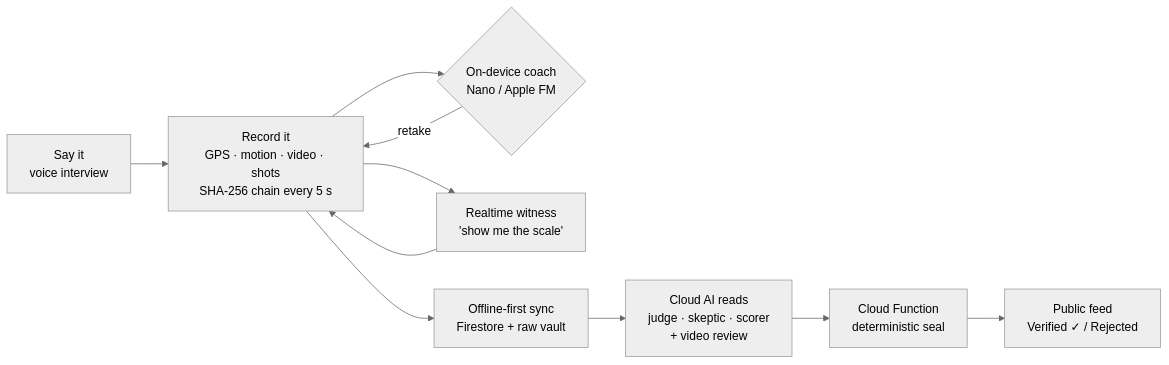
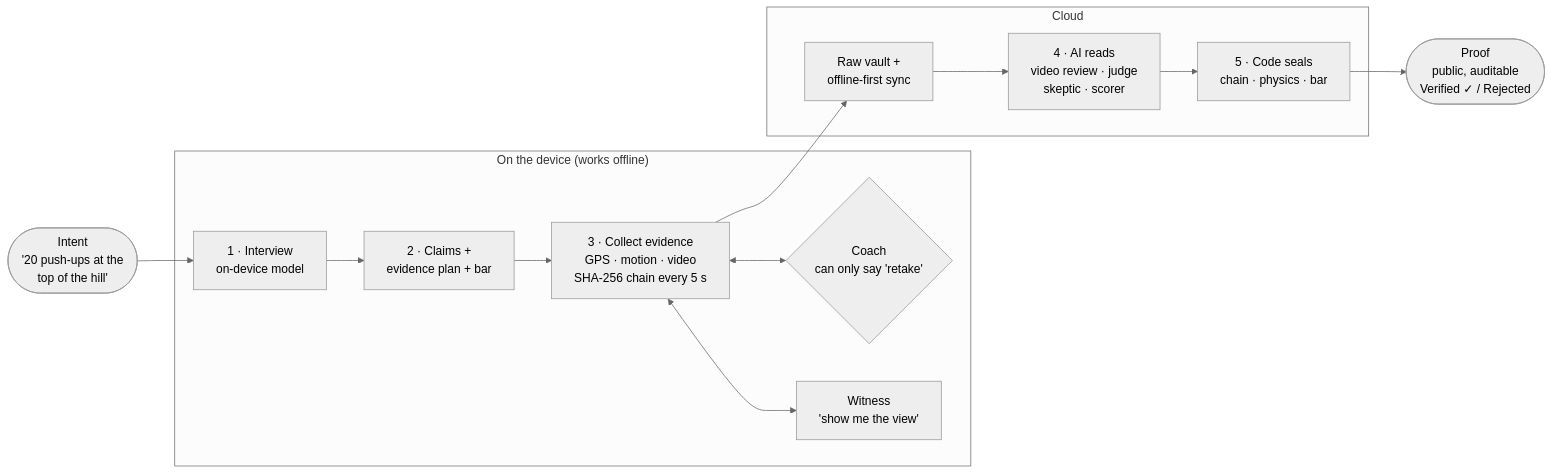
One commit to mattrickslauer/linger changed the diagram in README.md. Above: the diagram before and after it, drawn with Mermaid (neutral theme). The commit also changed other lines of this file, not shown here.

Commit message:
README: lead with the on-device intent and evidence factory; fishing is one example intent

````diff
--- a/README.md
+++ b/README.md
@@ -63,12 +83,16 @@
 ```mermaid
 flowchart LR
-  A["Say it<br/>voice interview"] --> B["Record it<br/>GPS · motion · video · shots<br/>SHA-256 chain every 5 s"]
-  B --> C{"On-device coach<br/>Nano / Apple FM"}
-  C -- "retake" --> B
-  B --> W["Realtime witness<br/>'show me the scale'"]
-  W --> B
-  B --> D["Offline-first sync<br/>Firestore + raw vault"]
-  D --> E["Cloud AI reads<br/>judge · skeptic · scorer<br/>+ video review"]
-  E --> F["Cloud Function<br/>deterministic seal"]
-  F --> G["Public feed<br/>Verified ✓ / Rejected"]
+  I(["Intent<br/>'20 push-ups at the<br/>top of the hill'"]) --> S1
+  subgraph device["On the device (works offline)"]
+    S1["1 · Interview<br/>on-device model"] --> S2["2 · Claims +<br/>evidence plan + bar"]
+    S2 --> S3["3 · Collect evidence<br/>GPS · motion · video<br/>SHA-256 chain every 5 s"]
+    S3 <--> C{"Coach<br/>can only say 'retake'"}
+    S3 <--> W["Witness<br/>'show me the view'"]
+  end
+  S3 --> V["Raw vault +<br/>offline-first sync"]
+  subgraph cloud["Cloud"]
+    V --> R["4 · AI reads<br/>video review · judge<br/>skeptic · scorer"]
+    R --> X["5 · Code seals<br/>chain · physics · bar"]
+  end
+  X --> P(["Proof<br/>public, auditable<br/>Verified ✓ / Rejected"])
 ```
````
